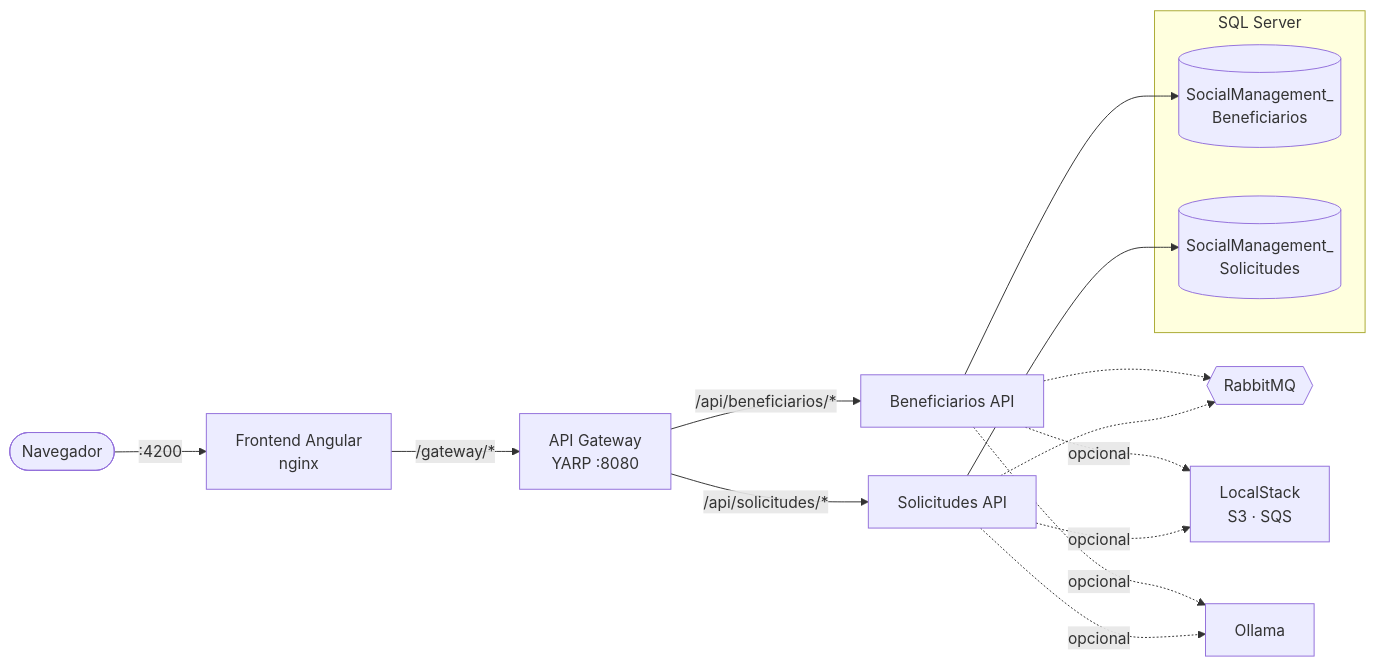
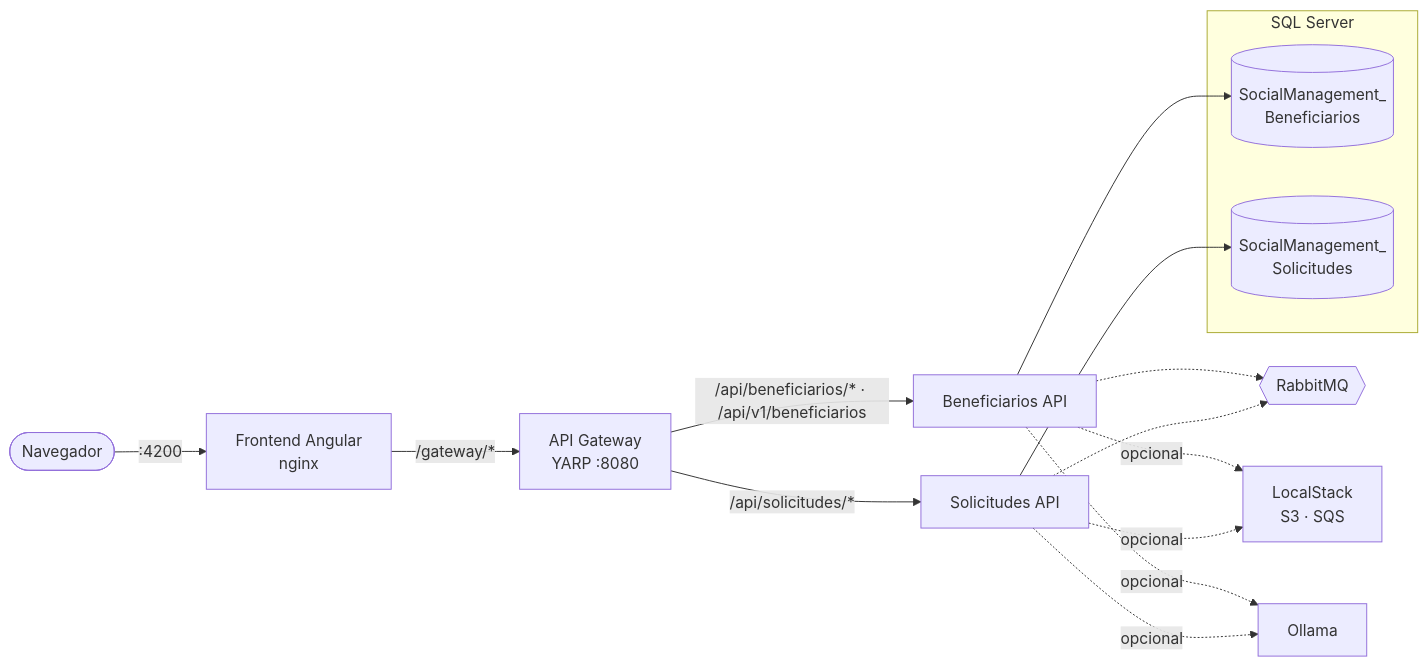
Before and after one commit to dalza1601/social-management: the diagram in README.md, drawn with Mermaid. The commit also changed other lines of this file and 77 other files, not shown here.

````diff
--- a/README.md
+++ b/README.md
@@ -10,16 +10,16 @@
 ```mermaid
 flowchart LR
     U([Navegador]) -->|":4200"| FE["Frontend Angular<br/>nginx"]
     FE -->|"/gateway/*"| GW["API Gateway<br/>YARP :8080"]
-    GW -->|"/api/beneficiarios/*"| BA["Beneficiarios API"]
+    GW -->|"/api/beneficiarios/* · /api/v1/beneficiarios"| BA["Beneficiarios API"]
     GW -->|"/api/solicitudes/*"| SA["Solicitudes API"]
     BA --> DB1[("SocialManagement_<br/>Beneficiarios")]
     SA --> DB2[("SocialManagement_<br/>Solicitudes")]
     BA & SA -.-> MQ{{RabbitMQ}}
     BA & SA -.->|opcional| LS["LocalStack<br/>S3 · SQS"]
     BA & SA -.->|opcional| OL["Ollama"]
     subgraph SQL["SQL Server"]
         DB1
         DB2
     end
 ```
````
